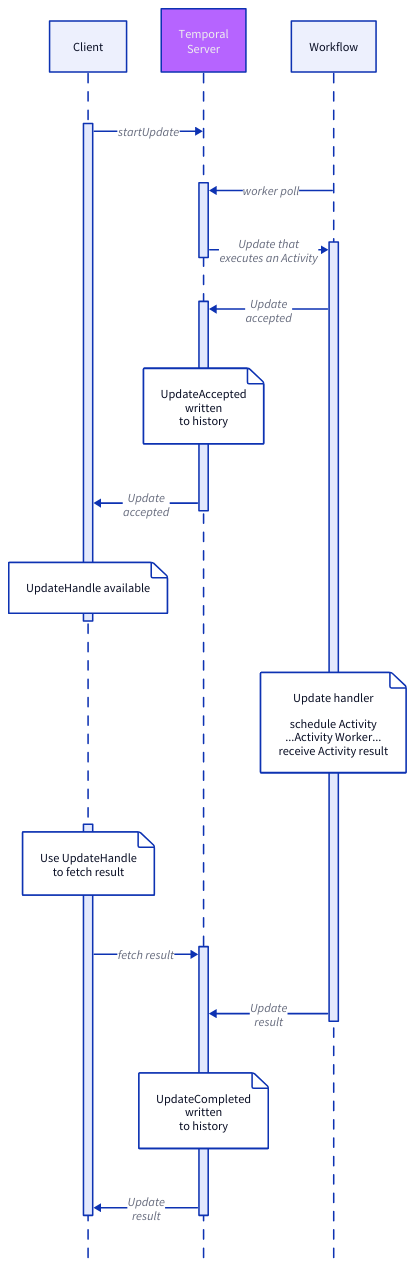
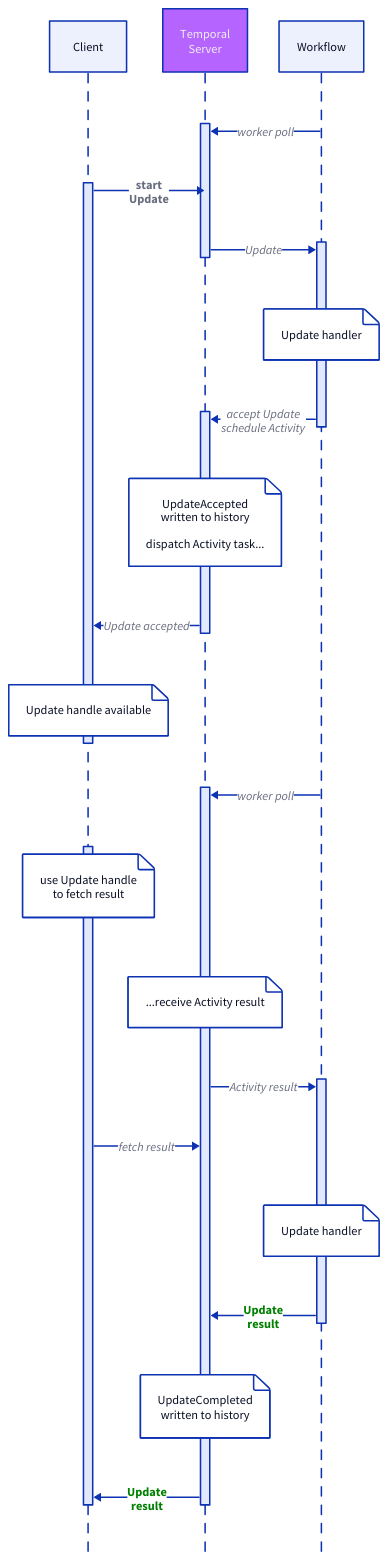
Before and after one commit to dandavison/temporalio-notes: the diagram in diagrams/update-blog-update-start.d2, drawn with D2. The commit also changed 6 other files, not shown here.

Commit message:
blog post diagrams

```diff
--- a/diagrams/update-blog-update-start.d2
+++ b/diagrams/update-blog-update-start.d2
@@ -1,29 +1,41 @@
 shape: sequence_diagram
 
 C: {
   label: Client
 }
 S: {
   label: Temporal\nServer
 }
 W: {
   label: Workflow
 }
 S.style: {
   fill: "#B664FF"
   font-color: "#EEEEEE"
 }
 
-C.1 -> S: startUpdate
 W -> S.1: worker poll
-S.1 -> W.1: Update that\nexecutes an Activity
-W.1 -> S.2: Update\naccepted
-S.2."UpdateAccepted\nwritten\nto history"
-S.2 -> C.1: Update\naccepted
-C.1."UpdateHandle available"
-W.1."Update handler\n\nschedule Activity\n...Activity Worker...\nreceive Activity result"
-C.2."Use UpdateHandle\nto fetch result"
+C.1 -> S: start\nUpdate {
+  style.bold: true
+}
+S.1 -> W.1: Update
+W.1."Update handler"
+W.1 -> S.2: accept Update\nschedule Activity
+S.2."UpdateAccepted\nwritten to history\n\ndispatch Activity task..."
+S.2 -> C.1: Update accepted
+C.1."Update handle available"
+W -> S.3: worker poll
+C.2."use Update handle\nto fetch result"
+S.3."...receive Activity result"
+S.3 -> W.2: Activity result
 C.2 -> S.3: fetch result
-W.1 -> S.3: Update\nresult
-S.3."UpdateCompleted\nwritten\nto history"
-S.3 -> C.2: Update\nresult
+W.2."Update handler"
+W.2 -> S.3: Update\nresult {
+  style.bold: true
+  style.font-color: green
+}
+S.3."UpdateCompleted\nwritten to history"
+S.3 -> C.2: Update\nresult {
+  style.bold: true
+  style.font-color: green
+}
```
